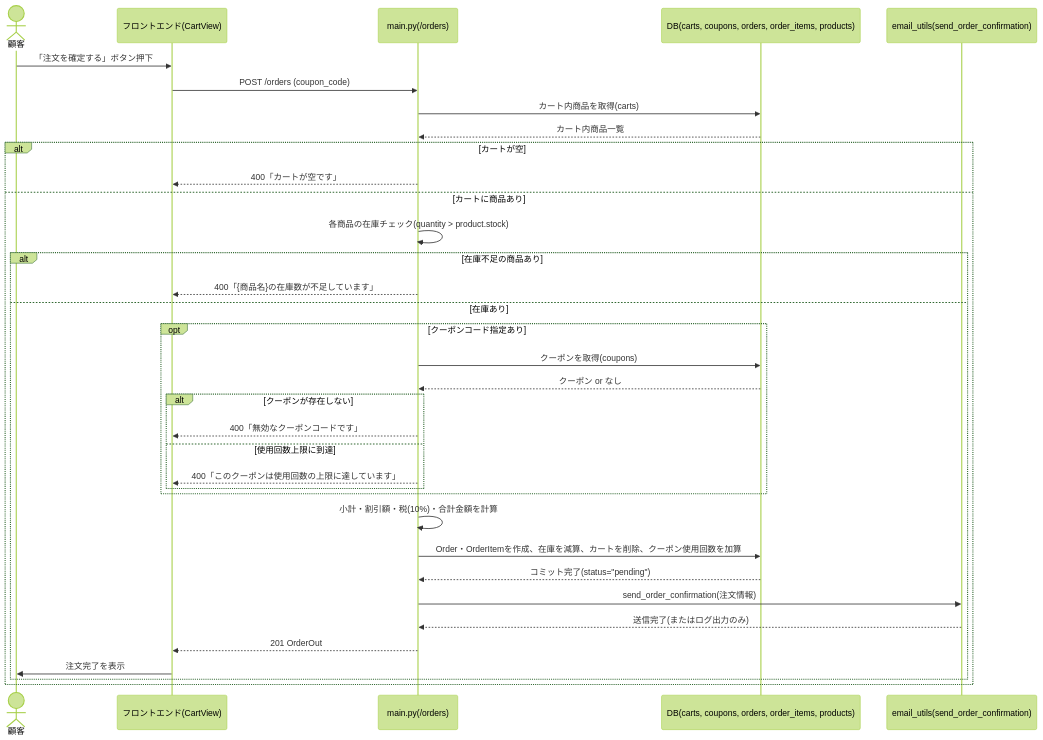
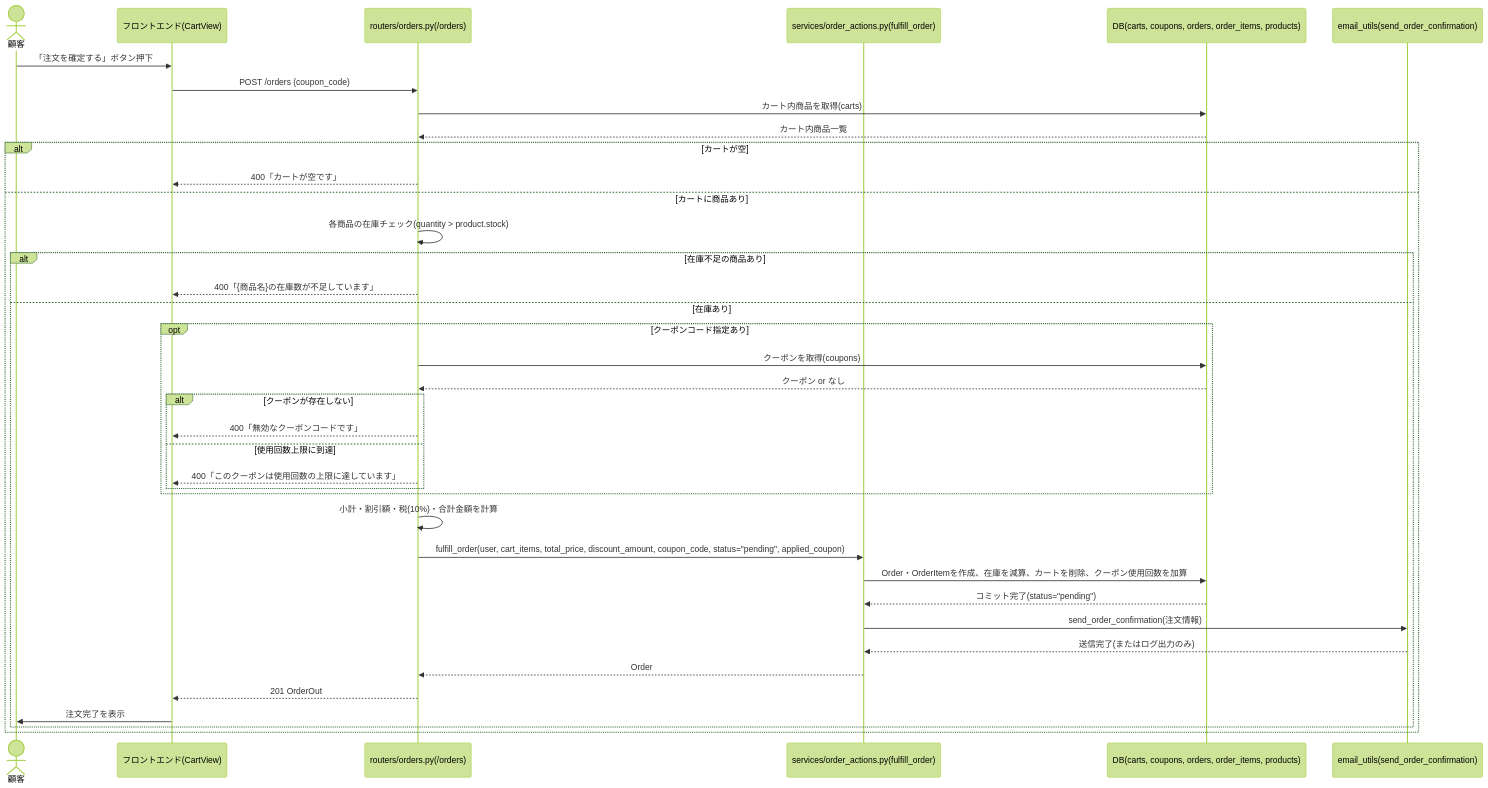
The first of 12 diagrams in docs/deliverables/internal_design/03_sequence_diagram.md (KokiNakano2nd/ec2site), drawn with Mermaid (forest theme) before and after one commit. The commit also changed other lines of this file and 1 other file, not shown here.

First line of the commit message:
Update internal design docs to match order-logic/DI refactor

````diff
--- a/docs/deliverables/internal_design/03_sequence_diagram.md
+++ b/docs/deliverables/internal_design/03_sequence_diagram.md
@@ -12,39 +12,42 @@
 ```mermaid
 sequenceDiagram
     actor 顧客
     participant Frontend as フロントエンド(CartView)
-    participant API as main.py(/orders)
+    participant API as routers/orders.py(/orders)
+    participant Service as services/order_actions.py(fulfill_order)
     participant DB as DB(carts, coupons, orders, order_items, products)
     participant Mail as email_utils(send_order_confirmation)
 
     顧客->>Frontend: 「注文を確定する」ボタン押下
     Frontend->>API: POST /orders (coupon_code)
     API->>DB: カート内商品を取得(carts)
     DB-->>API: カート内商品一覧
 
     alt カートが空
         API-->>Frontend: 400「カートが空です」
     else カートに商品あり
         API->>API: 各商品の在庫チェック(quantity > product.stock)
         alt 在庫不足の商品あり
             API-->>Frontend: 400「{商品名}の在庫数が不足しています」
         else 在庫あり
             opt クーポンコード指定あり
                 API->>DB: クーポンを取得(coupons)
                 DB-->>API: クーポン or なし
                 alt クーポンが存在しない
                     API-->>Frontend: 400「無効なクーポンコードです」
                 else 使用回数上限に到達
                     API-->>Frontend: 400「このクーポンは使用回数の上限に達しています」
                 end
             end
             API->>API: 小計・割引額・税(10%)・合計金額を計算
-            API->>DB: Order・OrderItemを作成、在庫を減算、カートを削除、クーポン使用回数を加算
-            DB-->>API: コミット完了(status="pending")
-            API->>Mail: send_order_confirmation(注文情報)
-            Mail-->>API: 送信完了(またはログ出力のみ)
+            API->>Service: fulfill_order(user, cart_items, total_price, discount_amount, coupon_code, status="pending", applied_coupon)
+            Service->>DB: Order・OrderItemを作成、在庫を減算、カートを削除、クーポン使用回数を加算
+            DB-->>Service: コミット完了(status="pending")
+            Service->>Mail: send_order_confirmation(注文情報)
+            Mail-->>Service: 送信完了(またはログ出力のみ)
+            Service-->>API: Order
             API-->>Frontend: 201 OrderOut
             Frontend->>顧客: 注文完了を表示
         end
     end
 ```
````
